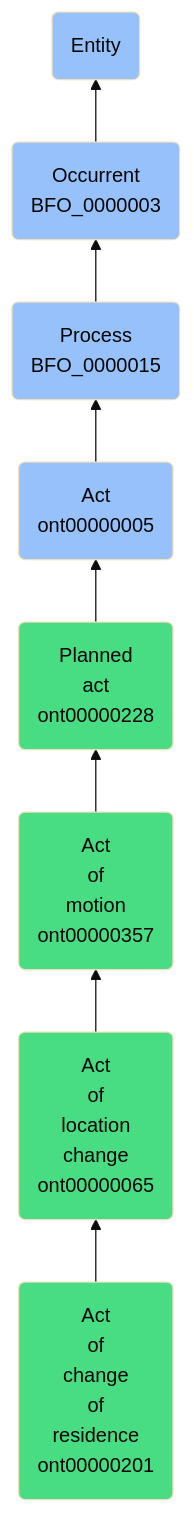
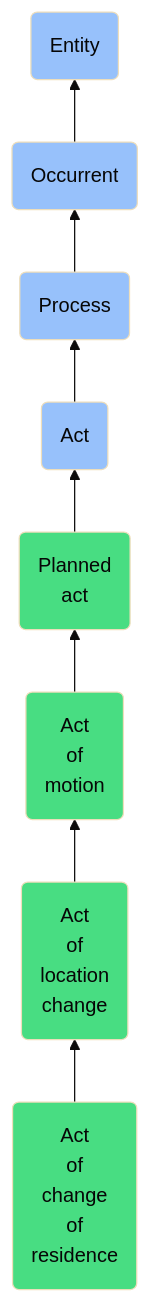
One commit to jupyter-naas/abi changed the diagram in docs/ontology/reference/model/Entity/Occurrent/Process/Act/Planned act/Act of motion/Act of location change/Act of change of residence/Act of change of residence.md. Above: the diagram before and after it, drawn with Mermaid (base theme). The commit also changed other lines of this file and 1430 other files, not shown here.

````diff
--- a/docs/ontology/reference/model/Entity/Occurrent/Process/Act/Planned act/Act of motion/Act of location change/Act of change of residence/Act of change of residence.md
+++ b/docs/ontology/reference/model/Entity/Occurrent/Process/Act/Planned act/Act of motion/Act of location change/Act of change of residence/Act of change of residence.md
@@ -24,15 +24,15 @@
 ```mermaid
 graph BT
-    ont00000201(Act<br>of<br>change<br>of<br>residence<br>ont00000201):::ABI-->ont00000065
-    ont00000065(Act<br>of<br>location<br>change<br>ont00000065):::ABI-->ont00000357
-    ont00000357(Act<br>of<br>motion<br>ont00000357):::ABI-->ont00000228
-    ont00000228(Planned<br>act<br>ont00000228):::ABI-->ont00000005
-    ont00000005(Act<br>ont00000005):::BFO-->BFO_0000015
-    BFO_0000015(Process<br>BFO_0000015):::BFO-->BFO_0000003
-    BFO_0000003(Occurrent<br>BFO_0000003):::BFO-->BFO_0000001
+    ont00000201(Act<br>of<br>change<br>of<br>residence):::ABI-->ont00000065
+    ont00000065(Act<br>of<br>location<br>change):::ABI-->ont00000357
+    ont00000357(Act<br>of<br>motion):::ABI-->ont00000228
+    ont00000228(Planned<br>act):::ABI-->ont00000005
+    ont00000005(Act):::BFO-->BFO_0000015
+    BFO_0000015(Process):::BFO-->BFO_0000003
+    BFO_0000003(Occurrent):::BFO-->BFO_0000001
     BFO_0000001(Entity):::BFO
     
     classDef BFO fill:#97c1fb,color:#060606
     classDef CCO fill:#e4c51e,color:#060606
     classDef ABI fill:#48DD82,color:#060606
 ```
````
